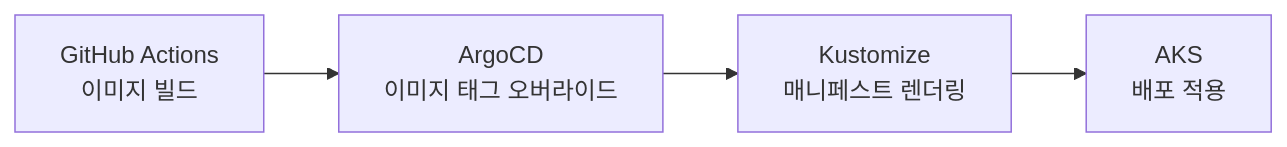
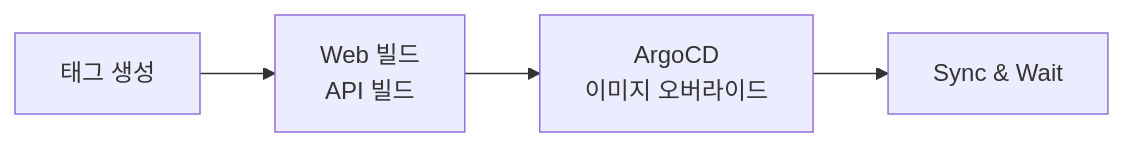
The fifth of 5 diagrams in src/data/blog/ai-portal-cicd-pipeline.md (neocode24/portfolio), drawn with Mermaid before and after one commit. The commit also changed other lines of this file, not shown here.

````diff
--- a/src/data/blog/ai-portal-cicd-pipeline.md
+++ b/src/data/blog/ai-portal-cicd-pipeline.md
@@ -126,6 +189,6 @@
 ```mermaid
 flowchart LR
-    A["GitHub Actions<br/>이미지 빌드"] --> B["ArgoCD<br/>이미지 태그 오버라이드"]
-    B --> C["Kustomize<br/>매니페스트 렌더링"]
-    C --> D["AKS<br/>배포 적용"]
+    A["태그 생성"] --> B["Web 빌드<br/>API 빌드"]
+    B --> C["ArgoCD<br/>이미지 오버라이드"]
+    C --> D["Sync & Wait"]
 ```
````
